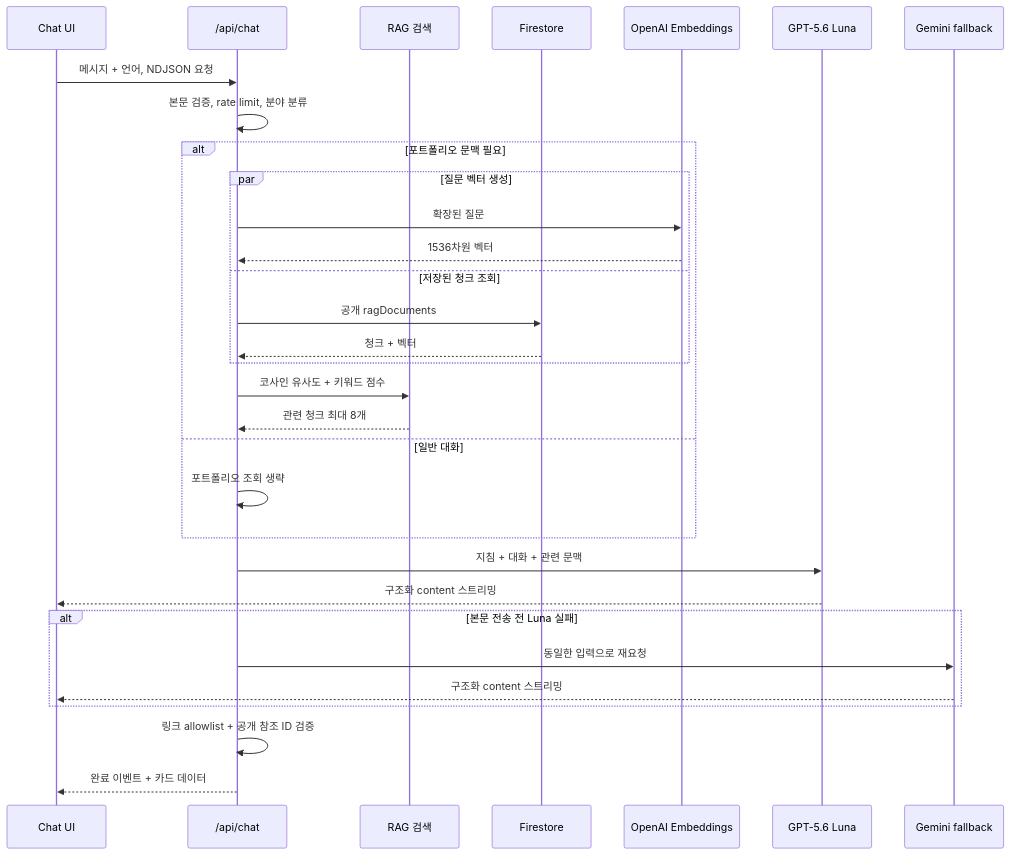
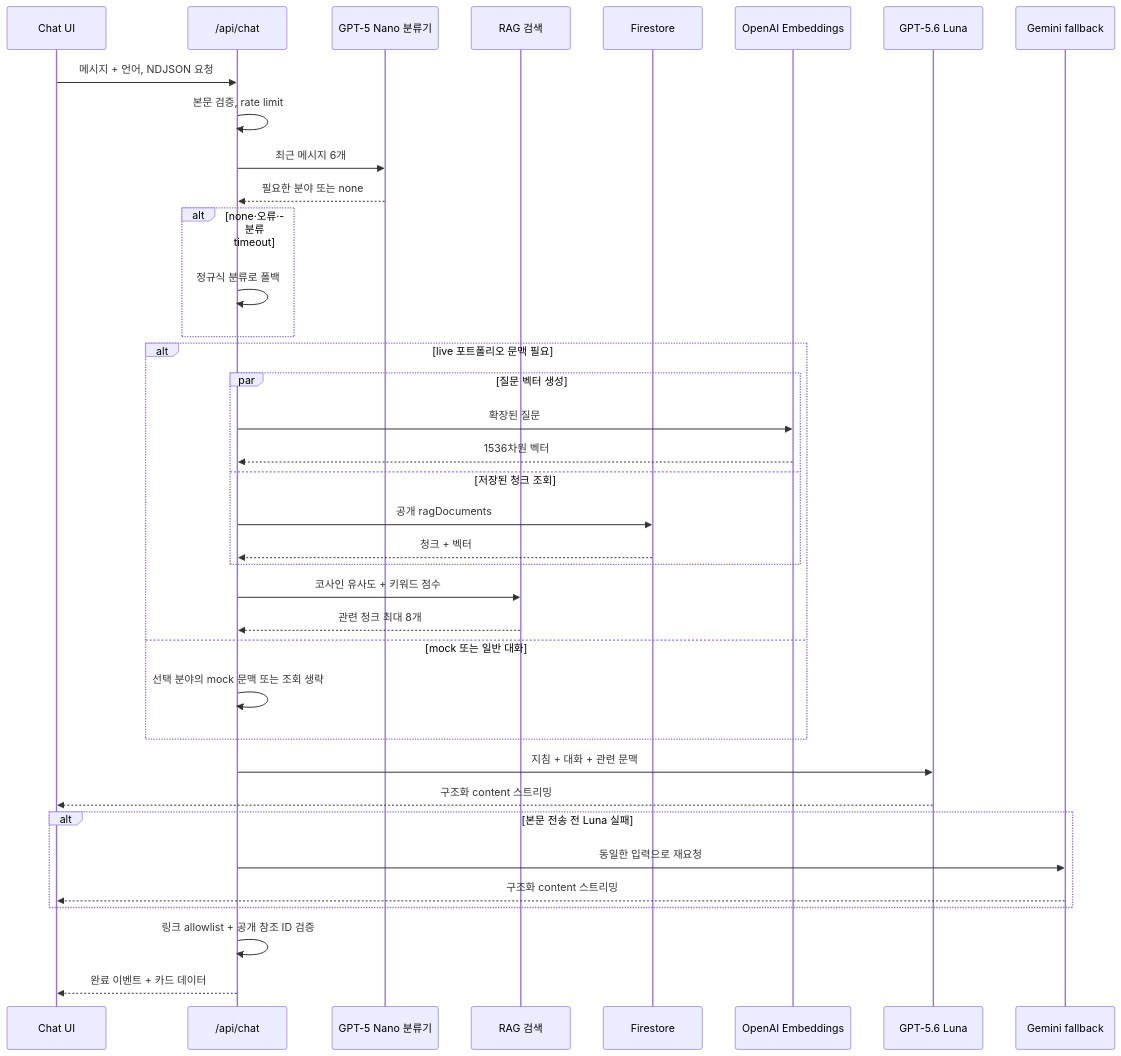
Before and after one commit to SJLee-0525/aperture: the second of 5 diagrams in docs/chatbot-search-architecture.md, drawn with Mermaid. The commit also changed other lines of this file and 18 other files, not shown here.

````diff
--- a/docs/chatbot-search-architecture.md
+++ b/docs/chatbot-search-architecture.md
@@ -71,34 +80,40 @@
 ```mermaid
 sequenceDiagram
     participant UI as Chat UI
     participant API as /api/chat
+    participant N as GPT-5 Nano 분류기
     participant RAG as RAG 검색
     participant FS as Firestore
     participant EMB as OpenAI Embeddings
     participant L as GPT-5.6 Luna
     participant G as Gemini fallback
 
     UI->>API: 메시지 + 언어, NDJSON 요청
-    API->>API: 본문 검증, rate limit, 분야 분류
-    alt 포트폴리오 문맥 필요
+    API->>API: 본문 검증, rate limit
+    API->>N: 최근 메시지 6개
+    N-->>API: 필요한 분야 또는 none
+    alt none·오류·분류 timeout
+        API->>API: 정규식 분류로 폴백
+    end
+    alt live 포트폴리오 문맥 필요
         par 질문 벡터 생성
             API->>EMB: 확장된 질문
             EMB-->>API: 1536차원 벡터
         and 저장된 청크 조회
             API->>FS: 공개 ragDocuments
             FS-->>API: 청크 + 벡터
         end
         API->>RAG: 코사인 유사도 + 키워드 점수
         RAG-->>API: 관련 청크 최대 8개
-    else 일반 대화
-        API->>API: 포트폴리오 조회 생략
+    else mock 또는 일반 대화
+        API->>API: 선택 분야의 mock 문맥 또는 조회 생략
     end
     API->>L: 지침 + 대화 + 관련 문맥
     L-->>UI: 구조화 content 스트리밍
     alt 본문 전송 전 Luna 실패
         API->>G: 동일한 입력으로 재요청
         G-->>UI: 구조화 content 스트리밍
     end
     API->>API: 링크 allowlist + 공개 참조 ID 검증
     API-->>UI: 완료 이벤트 + 카드 데이터
 ```
````
